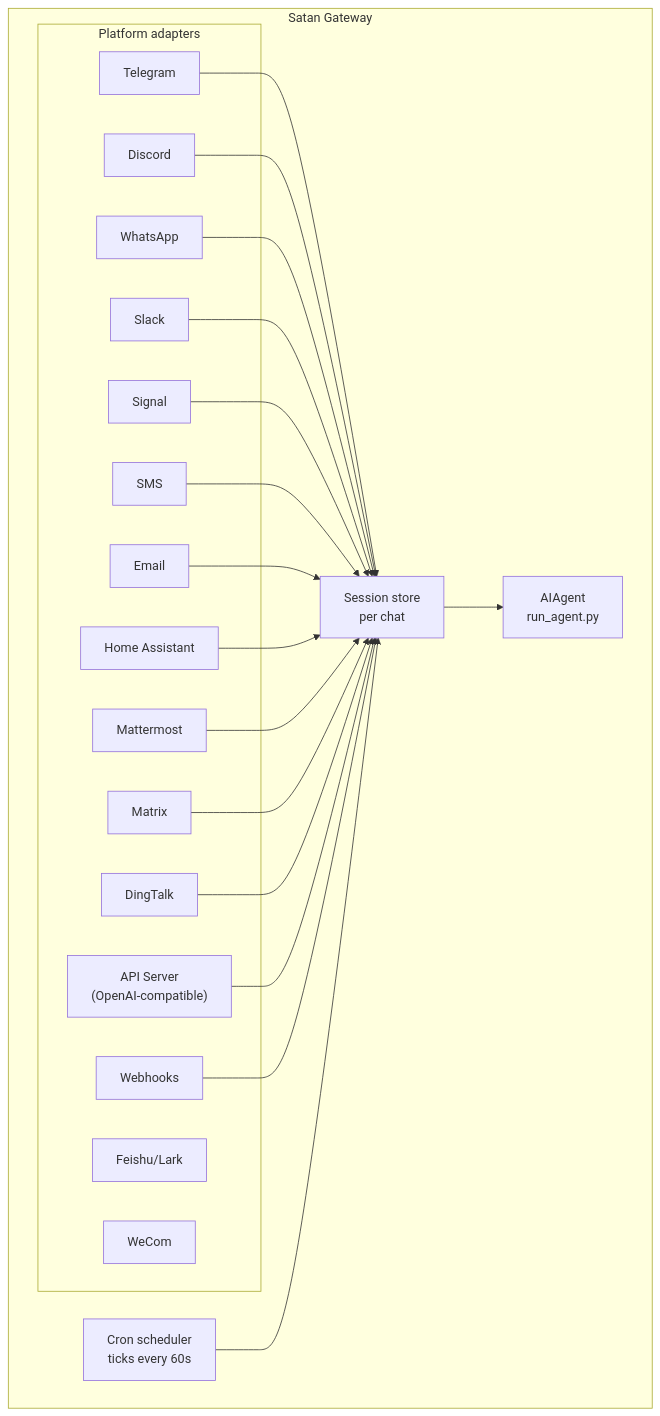
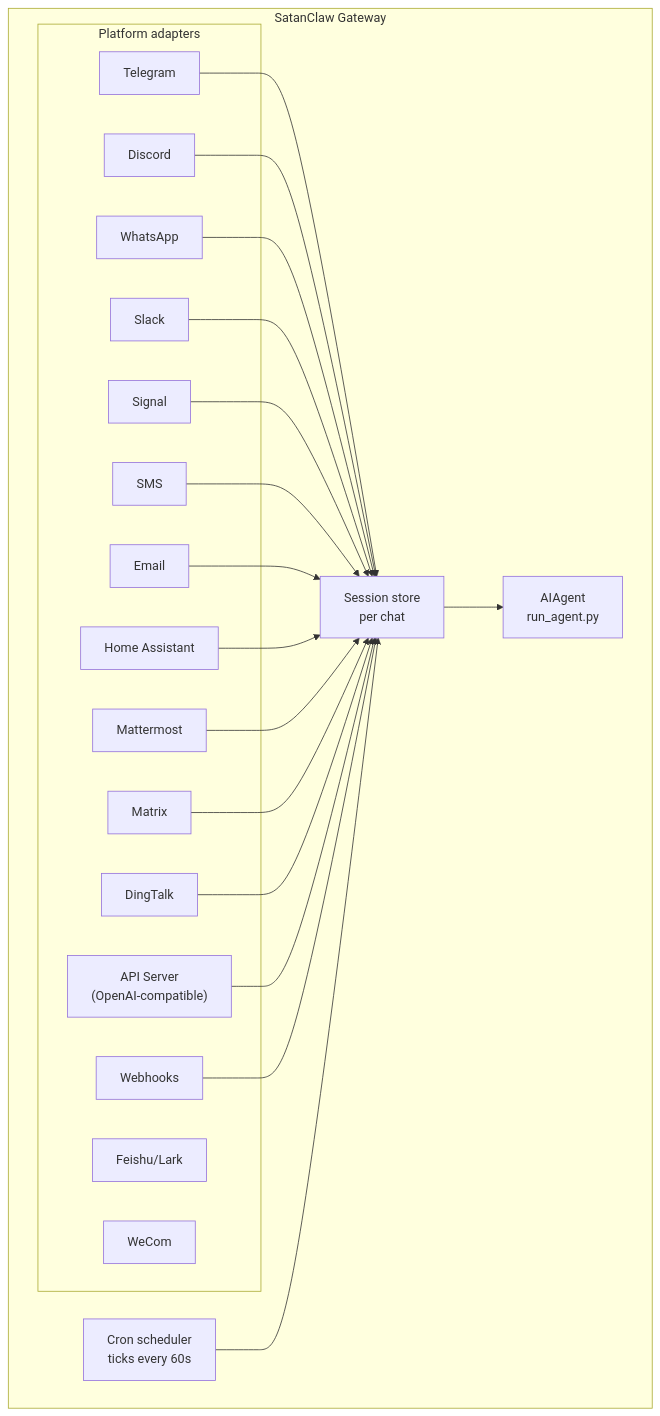
One commit to eskayML/SatanClaw changed the diagram in website/docs/user-guide/messaging/index.md. Above: the diagram before and after it, drawn with Mermaid. The commit also changed other lines of this file and 745 other files, not shown here.

Commit message:
chore: Global rebrand to SatanClaw. Purge legacy release files and NousResearch/Hermes specific metadata. Stable entry point established.

````diff
--- a/website/docs/user-guide/messaging/index.md
+++ b/website/docs/user-guide/messaging/index.md
@@ -35,42 +35,42 @@
 ```mermaid
 flowchart TB
-    subgraph Gateway["Satan Gateway"]
+    subgraph Gateway["SatanClaw Gateway"]
         subgraph Adapters["Platform adapters"]
             tg[Telegram]
             dc[Discord]
             wa[WhatsApp]
             sl[Slack]
             sig[Signal]
             sms[SMS]
             em[Email]
             ha[Home Assistant]
             mm[Mattermost]
             mx[Matrix]
             dt[DingTalk]
     fs[Feishu/Lark]
     wc[WeCom]
             api["API Server<br/>(OpenAI-compatible)"]
             wh[Webhooks]
         end
 
         store["Session store<br/>per chat"]
         agent["AIAgent<br/>run_agent.py"]
         cron["Cron scheduler<br/>ticks every 60s"]
     end
 
     tg --> store
     dc --> store
     wa --> store
     sl --> store
     sig --> store
     sms --> store
     em --> store
     ha --> store
     mm --> store
     mx --> store
     dt --> store
     api --> store
     wh --> store
     store --> agent
     cron --> store
 ```
````
